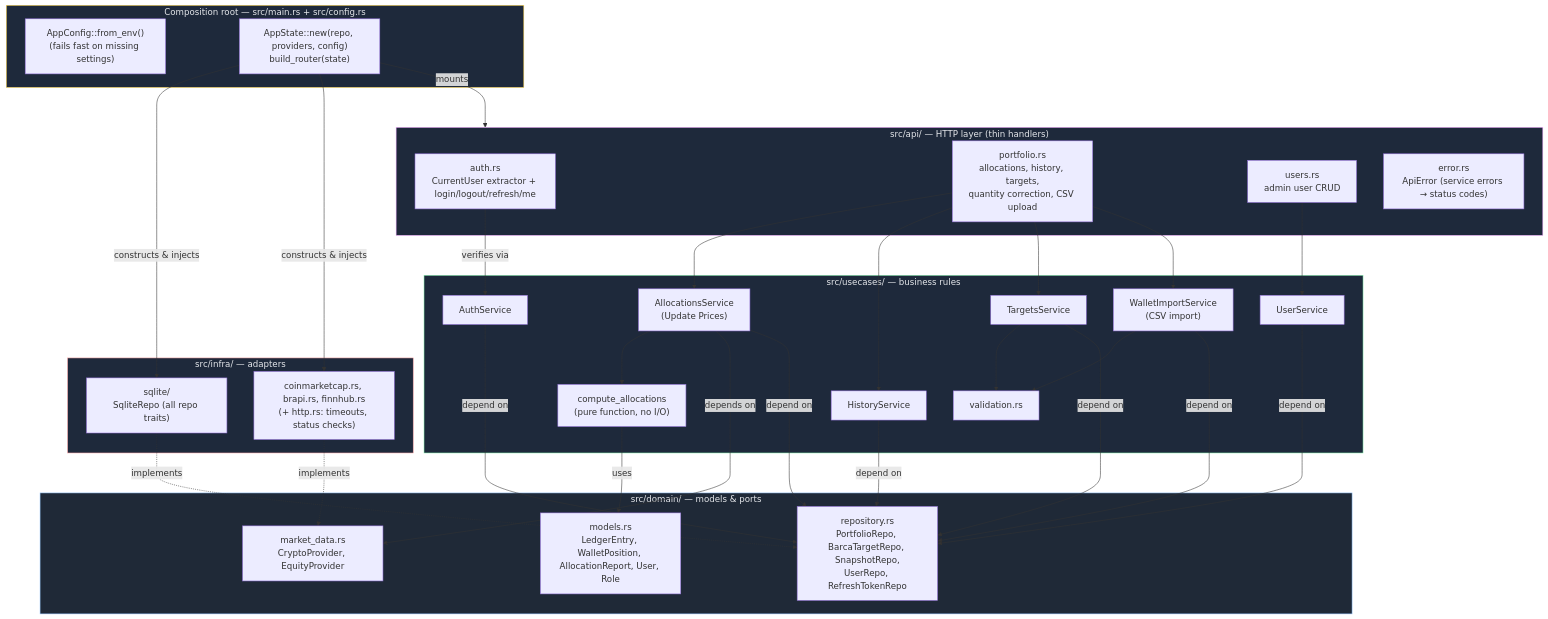
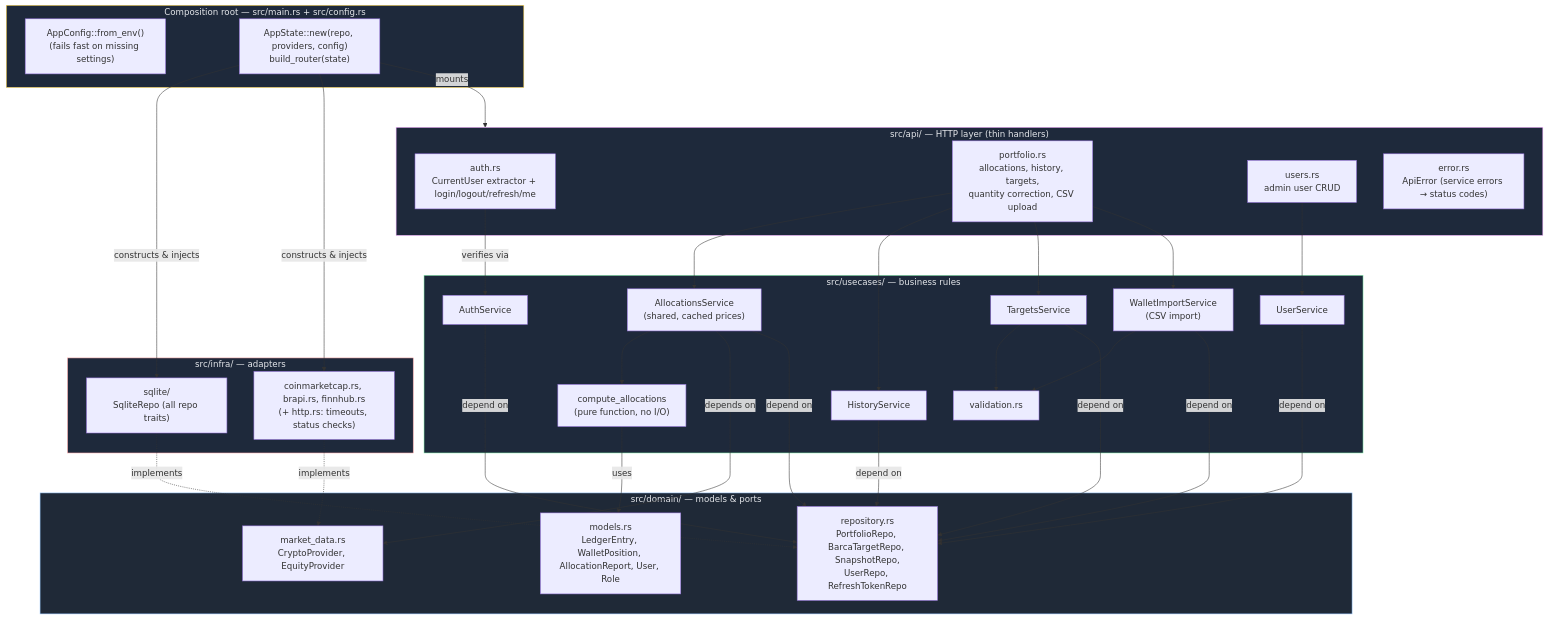
One commit to rchau73/crypto_management changed the diagram in docs/architecture.mmd. Above: the diagram before and after it, drawn with Mermaid. The commit also changed 34 other files, not shown here.

```diff
--- a/docs/architecture.mmd
+++ b/docs/architecture.mmd
@@ -1,57 +1,57 @@
 flowchart TD
     subgraph MAIN["Composition root — src/main.rs + src/config.rs"]
         CFG["AppConfig::from_env()\n(fails fast on missing settings)"]
         WIRE["AppState::new(repo, providers, config)\nbuild_router(state)"]
     end
 
     subgraph API["src/api/ — HTTP layer (thin handlers)"]
         CU["auth.rs\nCurrentUser extractor + login/logout/refresh/me"]
         PH["portfolio.rs\nallocations, history, targets,\nquantity correction, CSV upload"]
         UH["users.rs\nadmin user CRUD"]
         ERR["error.rs\nApiError (service errors → status codes)"]
     end
 
     subgraph USECASES["src/usecases/ — business rules"]
         CA["compute_allocations\n(pure function, no I/O)"]
-        AS["AllocationsService\n(Update Prices)"]
+        AS["AllocationsService\n(shared, cached prices)"]
         HS["HistoryService"]
         TS["TargetsService"]
         WI["WalletImportService\n(CSV import)"]
         AUS["AuthService"]
         US["UserService"]
         VAL["validation.rs"]
     end
 
     subgraph DOMAIN["src/domain/ — models & ports"]
         MODELS["models.rs\nLedgerEntry, WalletPosition, AllocationReport, User, Role"]
         REPO_PORT["repository.rs\nPortfolioRepo, BarcaTargetRepo, SnapshotRepo,\nUserRepo, RefreshTokenRepo"]
         MD_PORT["market_data.rs\nCryptoProvider, EquityProvider"]
     end
 
     subgraph INFRA["src/infra/ — adapters"]
         SQLITE["sqlite/\nSqliteRepo (all repo traits)"]
         PROV["coinmarketcap.rs, brapi.rs, finnhub.rs\n(+ http.rs: timeouts, status checks)"]
     end
 
     CU -->|verifies via| AUS
     PH --> AS & HS & TS & WI
     UH --> US
     AS --> CA
     TS --> VAL
     WI --> VAL
     AS -->|depends on| MD_PORT
     AS & HS & TS & WI & AUS & US -->|depend on| REPO_PORT
     CA -->|uses| MODELS
 
     SQLITE -.->|implements| REPO_PORT
     PROV -.->|implements| MD_PORT
 
     WIRE -->|constructs & injects| SQLITE
     WIRE -->|constructs & injects| PROV
     WIRE -->|mounts| API
 
     style DOMAIN fill:#1f2937,stroke:#93c5fd,color:#e5e7eb
     style USECASES fill:#1e293b,stroke:#86efac,color:#e5e7eb
     style INFRA fill:#1e293b,stroke:#fca5a5,color:#e5e7eb
     style MAIN fill:#1e293b,stroke:#fcd34d,color:#e5e7eb
     style API fill:#1e293b,stroke:#f0abfc,color:#e5e7eb
```
